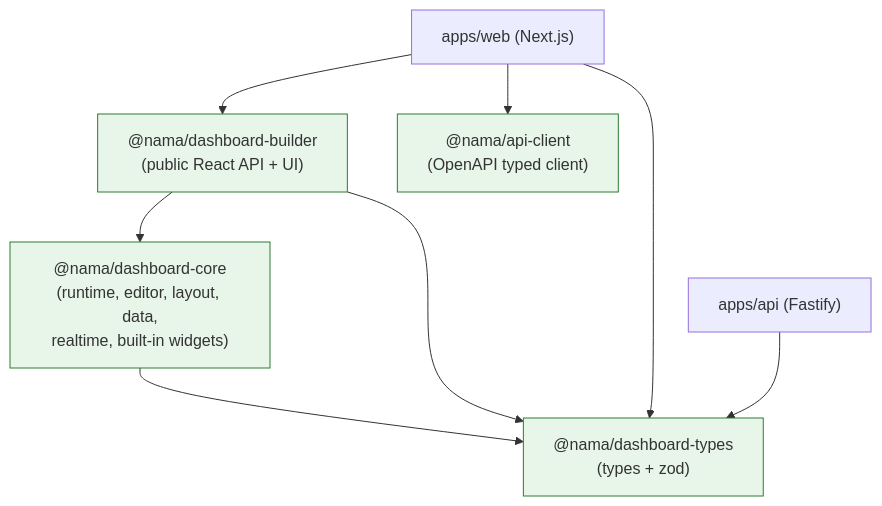
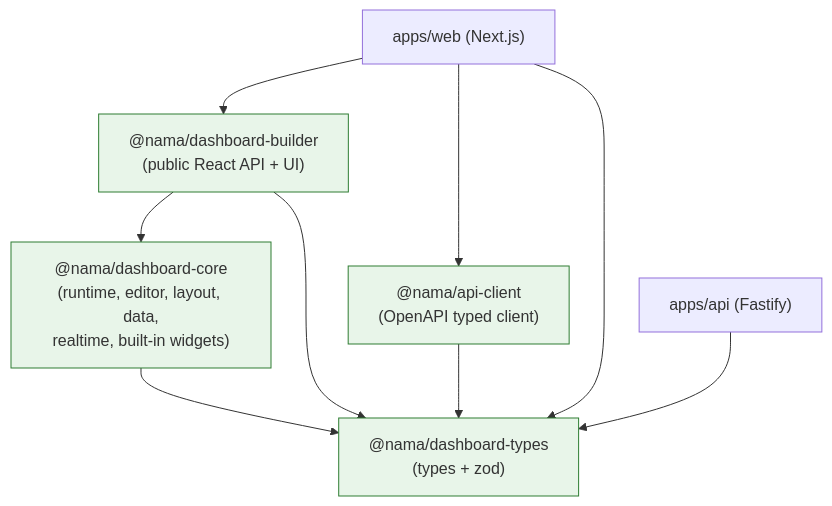
Before and after one commit to mahdimanzouri/nama: the diagram in docs/architecture/package-dependencies.md, drawn with Mermaid. The commit also changed other lines of this file and 113 other files, not shown here.

````diff
--- a/docs/architecture/package-dependencies.md
+++ b/docs/architecture/package-dependencies.md
@@ -43,20 +53,21 @@
 ```mermaid
 graph TD
   types["@nama/dashboard-types\n(types + zod)"]
   core["@nama/dashboard-core\n(runtime, editor, layout, data,\nrealtime, built-in widgets)"]
   builder["@nama/dashboard-builder\n(public React API + UI)"]
   client["@nama/api-client\n(OpenAPI typed client)"]
   web["apps/web (Next.js)"]
   api["apps/api (Fastify)"]
 
   core --> types
   builder --> core
   builder --> types
+  client --> types
   web --> builder
   web --> types
   web --> client
   api --> types
 
   classDef initial fill:#e8f5e9,stroke:#2e7d32;
   class types,core,builder,client initial;
 ```
````
